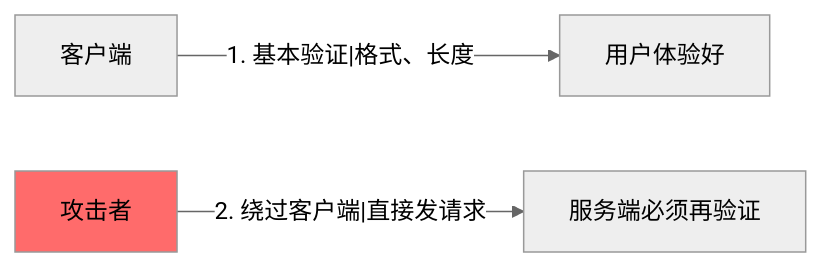
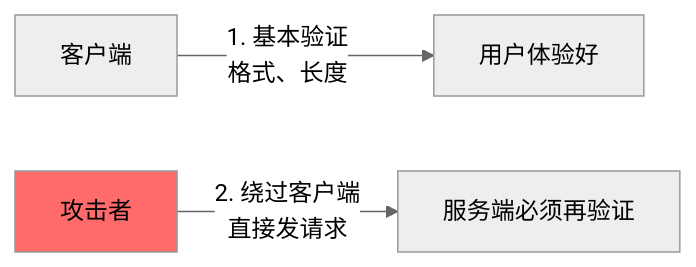
Before and after one commit to before80/prgms: diagram 30 of 31 in content/Js/basic/Chapter-38-web-security.md, drawn with Mermaid (neutral theme). The commit also changed other lines of this file and 1645 other files, not shown here.

````diff
--- a/content/Js/basic/Chapter-38-web-security.md
+++ b/content/Js/basic/Chapter-38-web-security.md
@@ -2825,6 +2825,6 @@
 ```mermaid
 graph LR
-    A["客户端"] -->|"1. 基本验证|格式、长度"| B["用户体验好"]
-    A2["攻击者"] -->|"2. 绕过客户端|直接发请求"| C["服务端必须再验证"]
+    A["客户端"] -->|"1. 基本验证<br/>格式、长度"| B["用户体验好"]
+    A2["攻击者"] -->|"2. 绕过客户端<br/>直接发请求"| C["服务端必须再验证"]
     style A2 fill:#ff6b6b
 ```
````
